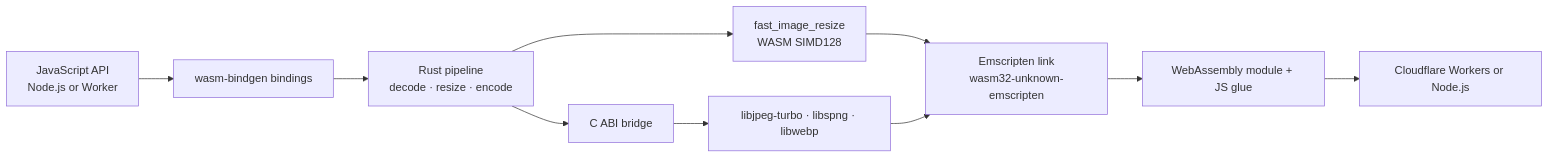
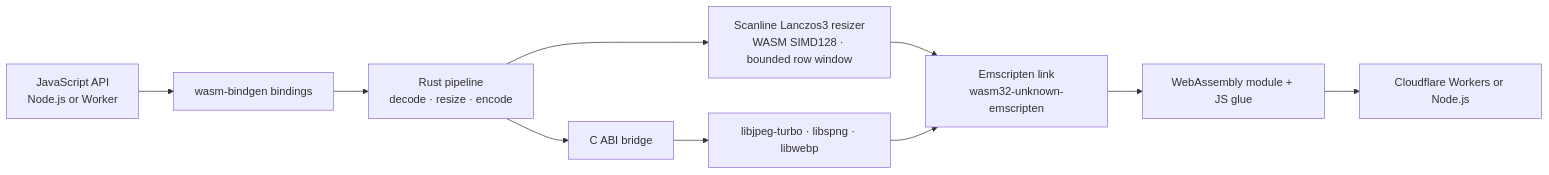
The diagram in README.md (mutables-app/image-optimizer), drawn with Mermaid before and after one commit. The commit also changed other lines of this file and 47 other files, not shown here.

````diff
--- a/README.md
+++ b/README.md
@@ -23,12 +25,12 @@
 ```mermaid
 flowchart LR
   API[JavaScript API<br/>Node.js or Worker] --> BIND[wasm-bindgen bindings]
   BIND --> RUST[Rust pipeline<br/>decode · resize · encode]
-  RUST --> RESIZE[fast_image_resize<br/>WASM SIMD128]
+  RUST --> RESIZE[Scanline Lanczos3 resizer<br/>WASM SIMD128 · bounded row window]
   RUST --> CABI[C ABI bridge]
   CABI --> CODECS[libjpeg-turbo · libspng · libwebp]
   RESIZE --> LINK[Emscripten link<br/>wasm32-unknown-emscripten]
   CODECS --> LINK
   LINK --> WASM[WebAssembly module + JS glue]
   WASM --> HOST[Cloudflare Workers or Node.js]
 ```
````
